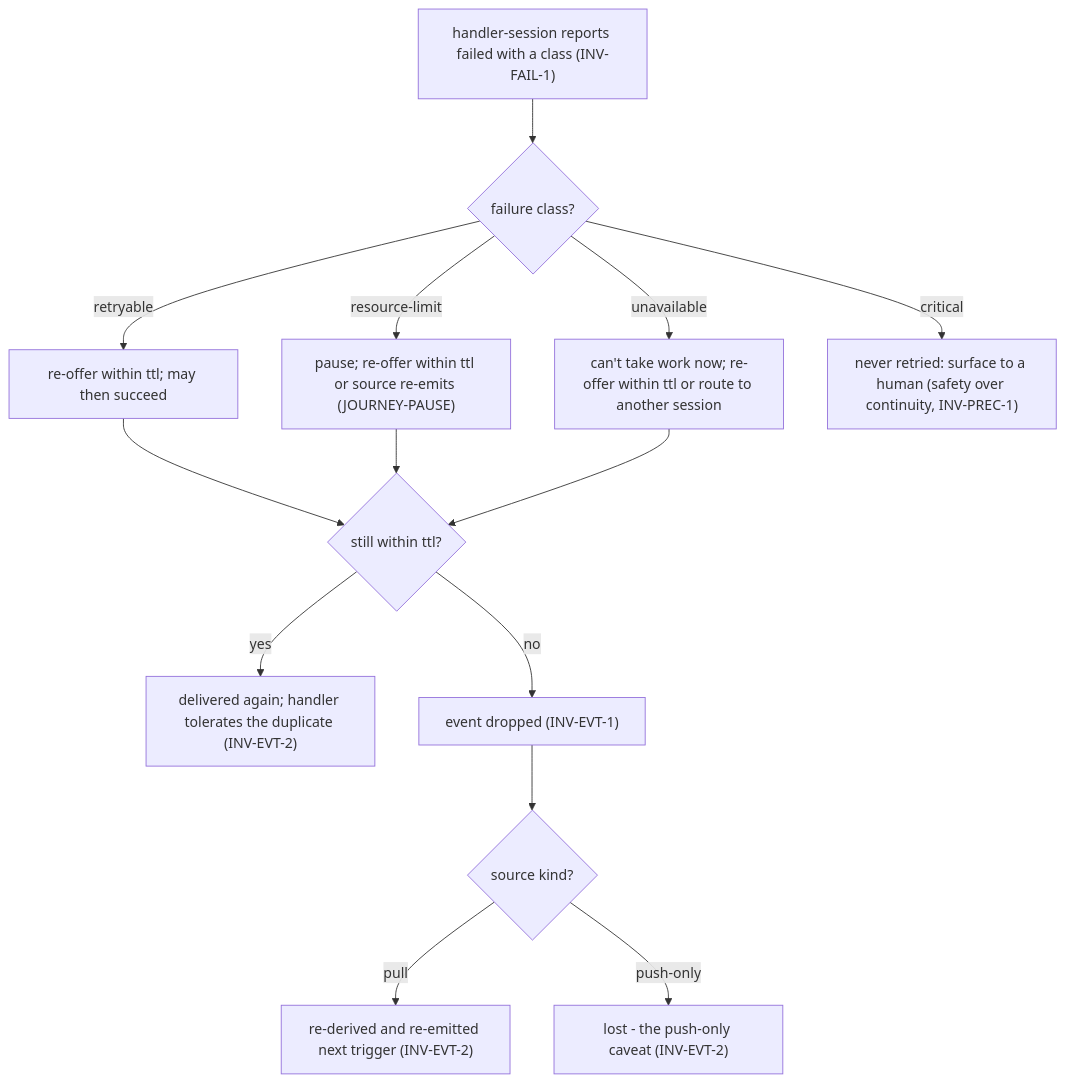
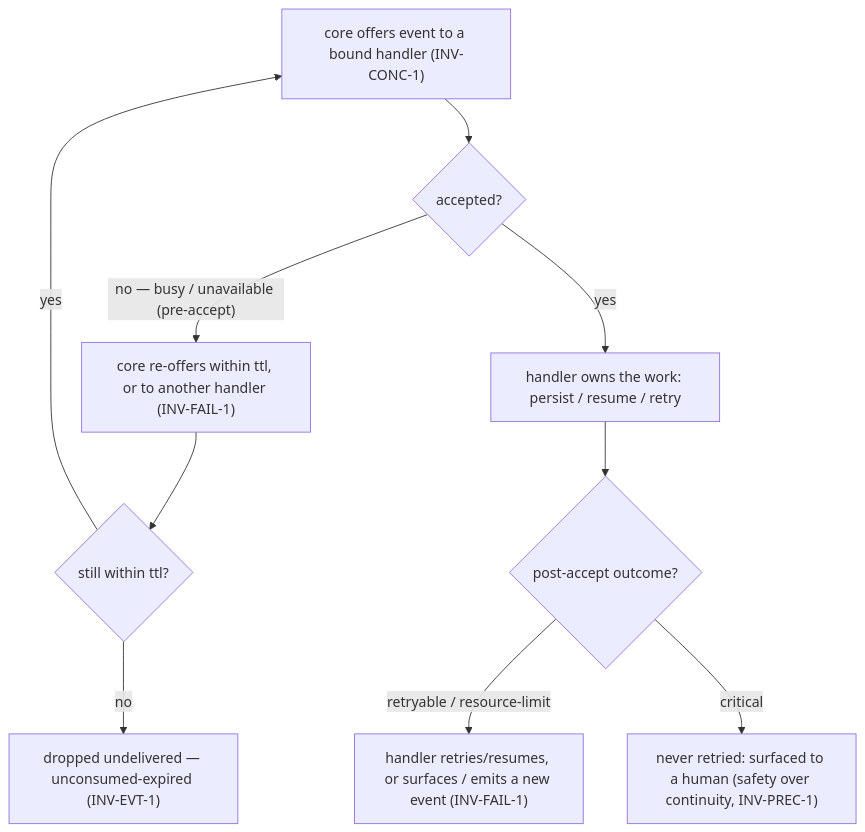
Before and after one commit to phillipgreenii/nix-agent-support: the tenth of 13 diagrams in packages/pr-pool/docs/behavior/journeys.md, drawn with Mermaid. The commit also changed other lines of this file and 6 other files, not shown here.

First line of the commit message:
pr-pool: durable ordered de-duped TTL event queue (Cluster 2 of pg2-hvlyj)

````diff
--- a/packages/pr-pool/docs/behavior/journeys.md
+++ b/packages/pr-pool/docs/behavior/journeys.md
@@ -390,16 +397,12 @@
 ```mermaid
 flowchart TD
-    f["handler-session reports failed with a class (INV-FAIL-1)"] --> k{"failure class?"}
-    k -->|retryable| r["re-offer within ttl; may then succeed"]
-    k -->|resource-limit| rl["pause; re-offer within ttl or source re-emits (JOURNEY-PAUSE)"]
-    k -->|unavailable| u["can't take work now; re-offer within ttl or route to another session"]
-    k -->|critical| c["never retried: surface to a human (safety over continuity, INV-PREC-1)"]
-    r --> ttl{"still within ttl?"}
-    rl --> ttl
-    u --> ttl
-    ttl -->|yes| redo["delivered again; handler tolerates the duplicate (INV-EVT-2)"]
-    ttl -->|no| drop["event dropped (INV-EVT-1)"]
-    drop --> kind{"source kind?"}
-    kind -->|pull| reemit["re-derived and re-emitted next trigger (INV-EVT-2)"]
-    kind -->|push-only| lost["lost - the push-only caveat (INV-EVT-2)"]
+    off["core offers event to a bound handler (INV-CONC-1)"] --> acc{"accepted?"}
+    acc -->|"no — busy / unavailable (pre-accept)"| reoff["core re-offers within ttl, or to another handler (INV-FAIL-1)"]
+    reoff --> ttl{"still within ttl?"}
+    ttl -->|yes| off
+    ttl -->|no| drop["dropped undelivered — unconsumed-expired (INV-EVT-1)"]
+    acc -->|yes| own["handler owns the work: persist / resume / retry"]
+    own --> out{"post-accept outcome?"}
+    out -->|retryable / resource-limit| surf["handler retries/resumes, or surfaces / emits a new event (INV-FAIL-1)"]
+    out -->|critical| human["never retried: surfaced to a human (safety over continuity, INV-PREC-1)"]
 ```
````
